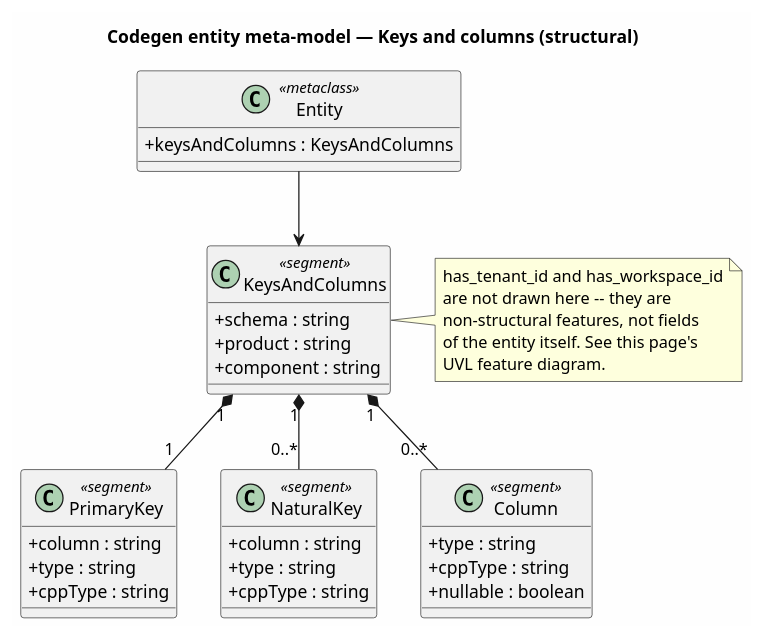
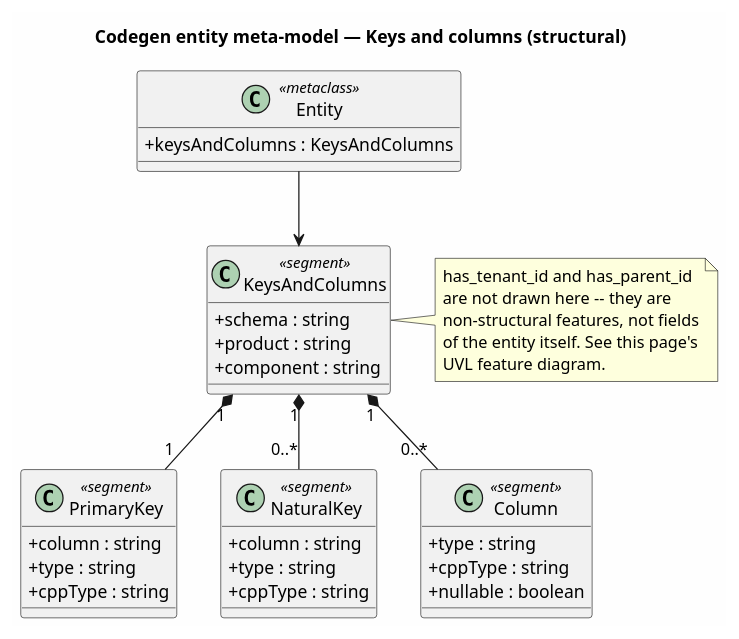
Before and after one commit to OreStudio/OreStudio: the diagram in projects/ores.codegen/modeling/entity_meta_model_keys_and_columns.puml, drawn with PlantUML. The commit also changed 42 other files, not shown here.

First line of the commit message:
[codegen,modeling] Remove the has_workspace_id feature

```diff
--- a/projects/ores.codegen/modeling/entity_meta_model_keys_and_columns.puml
+++ b/projects/ores.codegen/modeling/entity_meta_model_keys_and_columns.puml
@@ -18,49 +18,49 @@
 @startuml
 
 title Codegen entity meta-model — Keys and columns (structural)
 
 skinparam backgroundColor #FEFEFE
 skinparam classAttributeIconSize 0
 
 class Entity <<metaclass>> {
   +keysAndColumns : KeysAndColumns
 }
 
 class KeysAndColumns <<segment>> {
   +schema : string
   +product : string
   +component : string
 }
 
 class PrimaryKey <<segment>> {
   +column : string
   +type : string
   +cppType : string
 }
 
 class NaturalKey <<segment>> {
   +column : string
   +type : string
   +cppType : string
 }
 
 class Column <<segment>> {
   +type : string
   +cppType : string
   +nullable : boolean
 }
 
 note right of KeysAndColumns
-  has_tenant_id and has_workspace_id
+  has_tenant_id and has_parent_id
   are not drawn here -- they are
   non-structural features, not fields
   of the entity itself. See this page's
   UVL feature diagram.
 end note
 
 Entity --> KeysAndColumns
 KeysAndColumns "1" *-- "1" PrimaryKey
 KeysAndColumns "1" *-- "0..*" NaturalKey
 KeysAndColumns "1" *-- "0..*" Column
 
 @enduml
```
